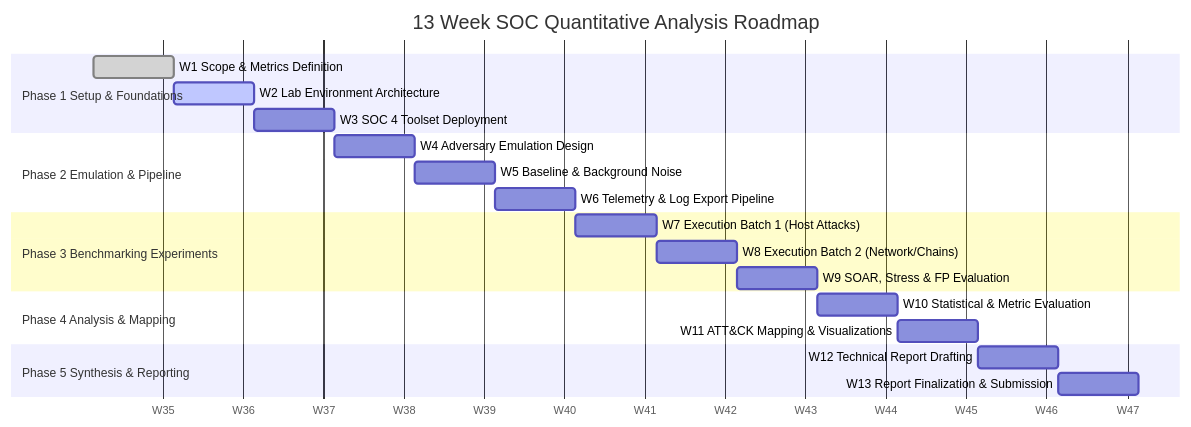
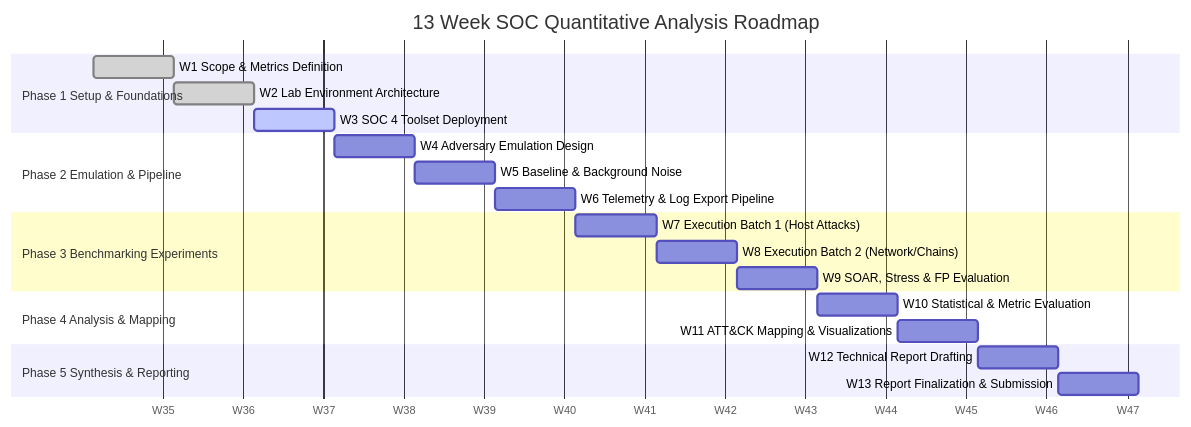
Before and after one commit to PinacJoshi/Quantative-Analysis-of-SOC-Toolsets: the diagram in README.md, drawn with Mermaid. The commit also changed other lines of this file and 2 other files, not shown here.

Commit message:
Minor Fix

````diff
--- a/README.md
+++ b/README.md
@@ -43,29 +43,29 @@
 ```mermaid
 gantt
     title 13 Week SOC Quantitative Analysis Roadmap
     dateFormat YYYY-MM-DD
     axisFormat W%W
     
     section Phase 1 Setup & Foundations
     W1 Scope & Metrics Definition         :done, w1, 2026-08-31, 7d
-    W2 Lab Environment Architecture       :active, w2, after w1, 7d
-    W3 SOC 4 Toolset Deployment           :w3, after w2, 7d
+    W2 Lab Environment Architecture       :done, w2, after w1, 7d
+    W3 SOC 4 Toolset Deployment           :active, w3, after w2, 7d
 
     section Phase 2 Emulation & Pipeline
     W4 Adversary Emulation Design         :w4, after w3, 7d
     W5 Baseline & Background Noise        :w5, after w4, 7d
     W6 Telemetry & Log Export Pipeline    :w6, after w5, 7d
 
     section Phase 3 Benchmarking Experiments
     W7 Execution Batch 1 (Host Attacks)   :w7, after w6, 7d
     W8 Execution Batch 2 (Network/Chains) :w8, after w7, 7d
     W9 SOAR, Stress & FP Evaluation       :w9, after w8, 7d
 
     section Phase 4 Analysis & Mapping
     W10 Statistical & Metric Evaluation   :w10, after w9, 7d
     W11 ATT&CK Mapping & Visualizations   :w11, after w10, 7d
 
     section Phase 5 Synthesis & Reporting
     W12 Technical Report Drafting         :w12, after w11, 7d
     W13 Report Finalization & Submission  :w13, after w12, 7d
 ```
````
